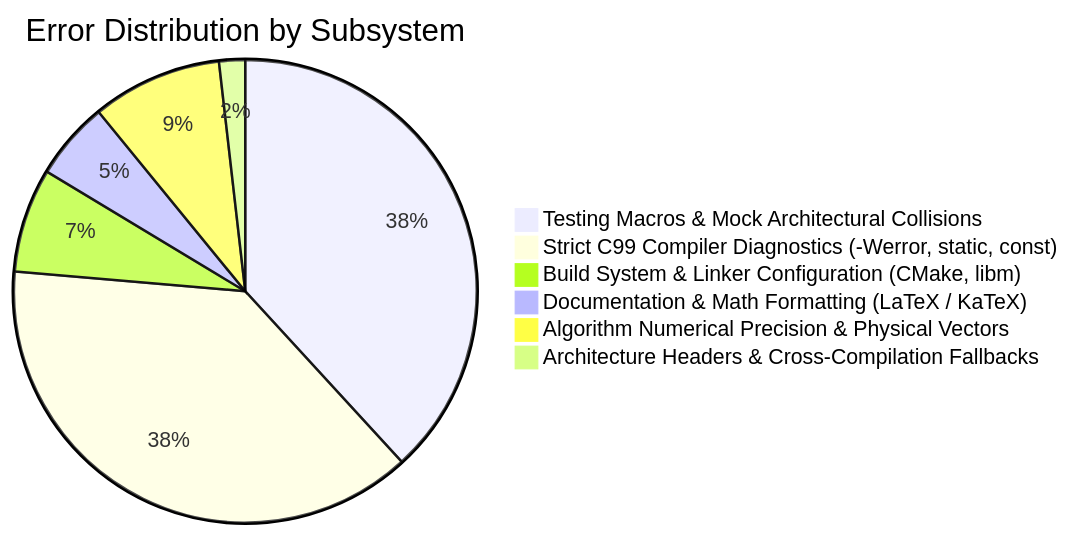
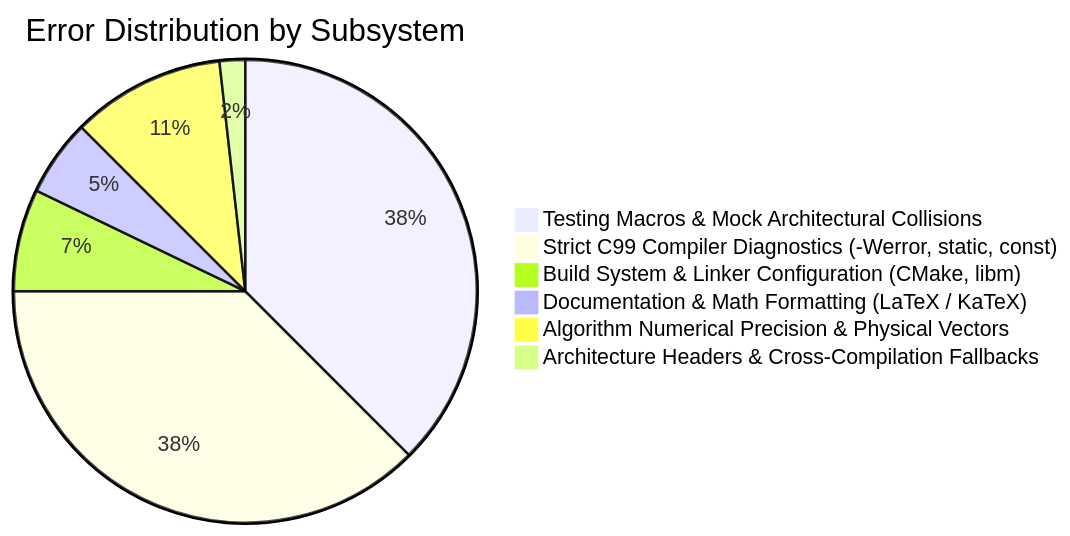
Before and after one commit to Thejus26/rain-predict: the diagram in context/errors/README.md, drawn with Mermaid. The commit also changed other lines of this file and 2 other files, not shown here.

Commit message:
fix(simulation): resolve ERR-056 fog window start and ridge quiescent CPI assertion in test_simulation_validation

````diff
--- a/context/errors/README.md
+++ b/context/errors/README.md
@@ -72,9 +73,9 @@
 ```mermaid
 pie title Error Distribution by Subsystem
     "Testing Macros & Mock Architectural Collisions" : 21
     "Strict C99 Compiler Diagnostics (-Werror, static, const)" : 21
     "Build System & Linker Configuration (CMake, libm)" : 4
     "Documentation & Math Formatting (LaTeX / KaTeX)" : 3
-    "Algorithm Numerical Precision & Physical Vectors" : 5
+    "Algorithm Numerical Precision & Physical Vectors" : 6
     "Architecture Headers & Cross-Compilation Fallbacks" : 1
 ```
````
